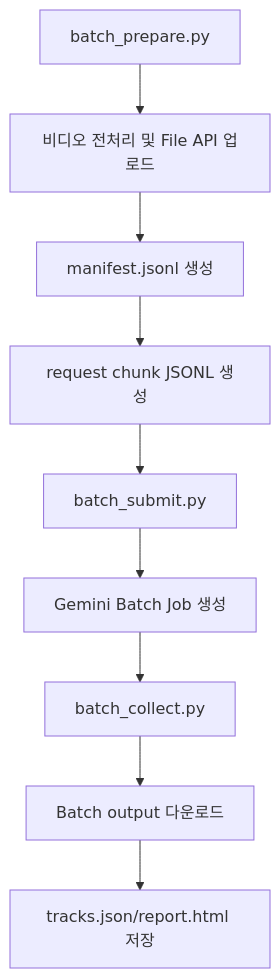
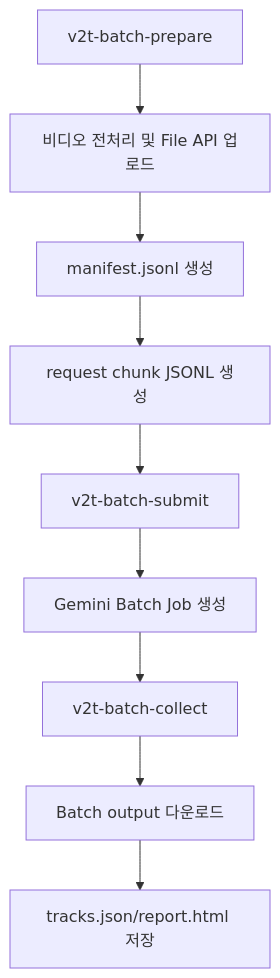
Before and after one commit to gwpark0741/v2t-pipeline: the second of 2 diagrams in README.md, drawn with Mermaid. The commit also changed other lines of this file and 35 other files, not shown here.

````diff
--- a/README.md
+++ b/README.md
@@ -37,11 +37,11 @@
 ```mermaid
 flowchart TD
-    A[batch_prepare.py] --> B[비디오 전처리 및 File API 업로드]
+    A[v2t-batch-prepare] --> B[비디오 전처리 및 File API 업로드]
     B --> C[manifest.jsonl 생성]
     C --> D[request chunk JSONL 생성]
-    D --> E[batch_submit.py]
+    D --> E[v2t-batch-submit]
     E --> F[Gemini Batch Job 생성]
-    F --> G[batch_collect.py]
+    F --> G[v2t-batch-collect]
     G --> H[Batch output 다운로드]
     H --> I[tracks.json/report.html 저장]
 ```
````
